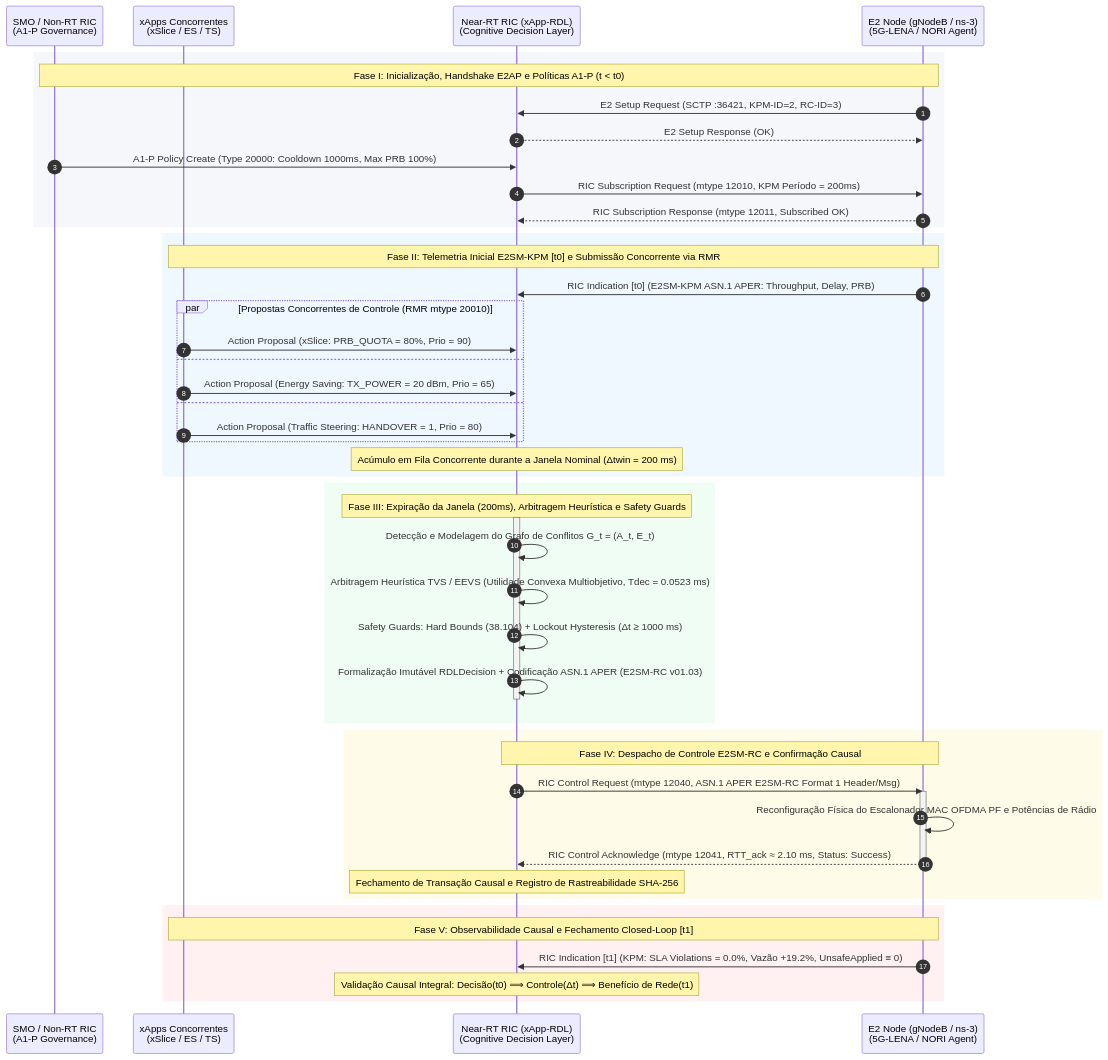
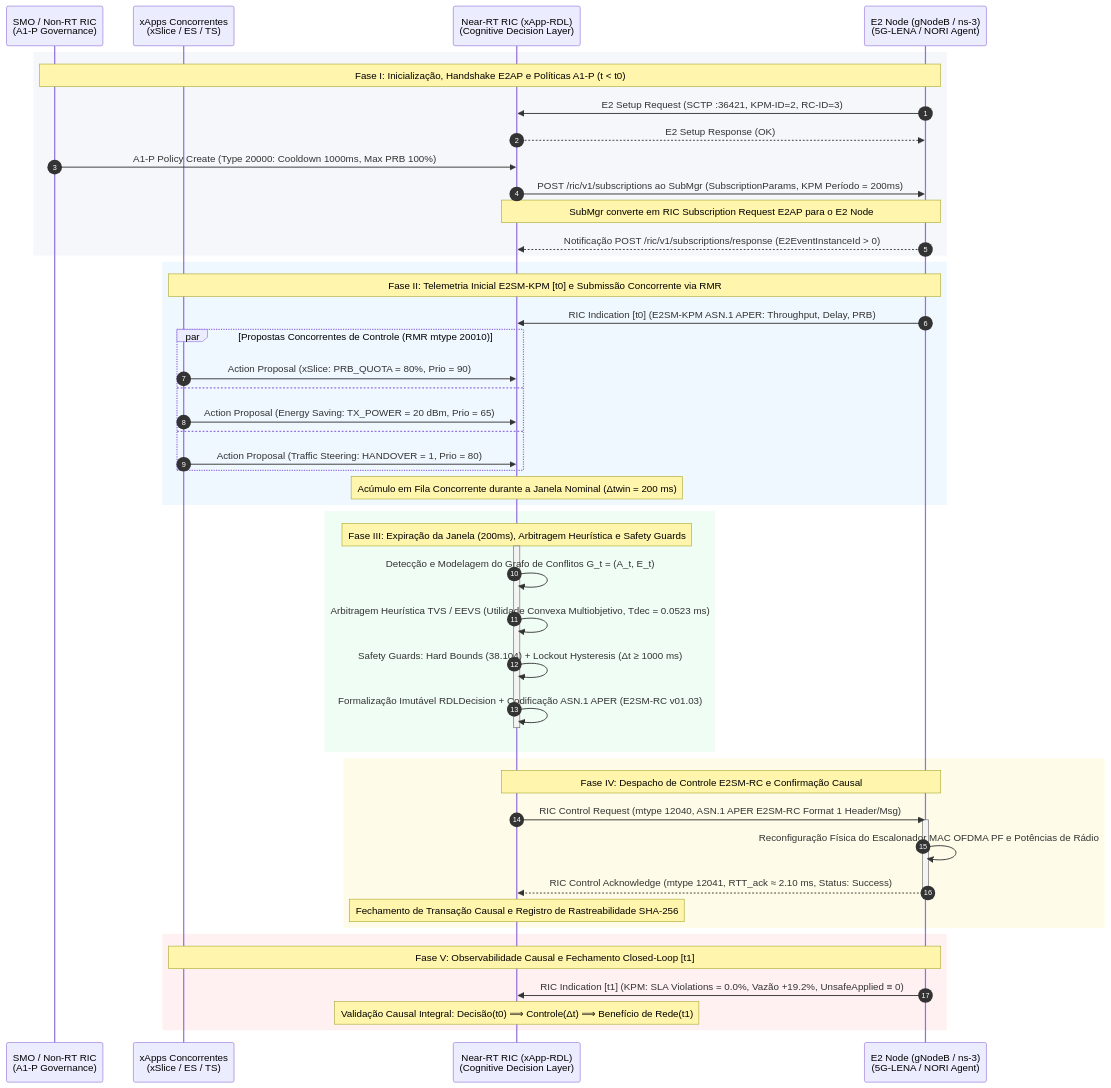
Before and after one commit to georgebarbosa3090/XApp-RDL-F1: the diagram in docs/23_diagrama_sequencia_fluxo_closed_loop_hrdl_fase1.md, drawn with Mermaid. The commit also changed other lines of this file and 25 other files, not shown here.

````diff
--- a/docs/23_diagrama_sequencia_fluxo_closed_loop_hrdl_fase1.md
+++ b/docs/23_diagrama_sequencia_fluxo_closed_loop_hrdl_fase1.md
@@ -47,63 +47,64 @@
 ```mermaid
 sequenceDiagram
     autonumber
     
     participant SMO as SMO / Non-RT RIC<br/>(A1-P Governance)
     participant XAPPS as xApps Concorrentes<br/>(xSlice / ES / TS)
     participant RDL as Near-RT RIC (xApp-RDL)<br/>(Cognitive Decision Layer)
     participant RAN as E2 Node (gNodeB / ns-3)<br/>(5G-LENA / NORI Agent)
 
     %% FASE I: INICIALIZAÇÃO, HANDSHAKE E2AP E POLÍTICAS A1-P (t < t0)
     rect rgb(245, 247, 250)
         Note over SMO,RAN: Fase I: Inicialização, Handshake E2AP e Políticas A1-P (t < t0)
         RAN->>RDL: E2 Setup Request (SCTP :36421, KPM-ID=2, RC-ID=3)
         RDL-->>RAN: E2 Setup Response (OK)
         SMO->>RDL: A1-P Policy Create (Type 20000: Cooldown 1000ms, Max PRB 100%)
-        RDL->>RAN: RIC Subscription Request (mtype 12010, KPM Período = 200ms)
-        RAN-->>RDL: RIC Subscription Response (mtype 12011, Subscribed OK)
+        RDL->>RAN: POST /ric/v1/subscriptions ao SubMgr (SubscriptionParams, KPM Período = 200ms)
+        Note over RDL,RAN: SubMgr converte em RIC Subscription Request E2AP para o E2 Node
+        RAN-->>RDL: Notificação POST /ric/v1/subscriptions/response (E2EventInstanceId > 0)
     end
 
     %% FASE II: INGESTÃO DE TELEMETRIA E SUBMISSÃO CONCORRENTE
     rect rgb(240, 248, 255)
         Note over XAPPS,RAN: Fase II: Telemetria Inicial E2SM-KPM [t0] e Submissão Concorrente via RMR
         RAN->>RDL: RIC Indication [t0] (E2SM-KPM ASN.1 APER: Throughput, Delay, PRB)
         
         par Propostas Concorrentes de Controle (RMR mtype 20010)
             XAPPS->>RDL: Action Proposal (xSlice: PRB_QUOTA = 80%, Prio = 90)
         and
             XAPPS->>RDL: Action Proposal (Energy Saving: TX_POWER = 20 dBm, Prio = 65)
         and
             XAPPS->>RDL: Action Proposal (Traffic Steering: HANDOVER = 1, Prio = 80)
         end
         Note over RDL: Acúmulo em Fila Concorrente durante a Janela Nominal (Δtwin = 200 ms)
     end
 
     %% FASE III: ARBITRAGEM DETERMINÍSTICA E SAFETY GUARDS
     rect rgb(240, 253, 244)
         Note over RDL: Fase III: Expiração da Janela (200ms), Arbitragem Heurística e Safety Guards
         activate RDL
         RDL->>RDL: Detecção e Modelagem do Grafo de Conflitos G_t = (A_t, E_t)
         RDL->>RDL: Arbitragem Heurística TVS / EEVS (Utilidade Convexa Multiobjetivo, Tdec = 0.0523 ms)
         RDL->>RDL: Safety Guards: Hard Bounds (38.104) + Lockout Hysteresis (Δt ≥ 1000 ms)
         RDL->>RDL: Formalização Imutável RDLDecision + Codificação ASN.1 APER (E2SM-RC v01.03)
         deactivate RDL
     end
 
     %% FASE IV: DESPACHO E2SM-RC E CONFIRMAÇÃO CAUSAL
     rect rgb(254, 252, 232)
         Note over RDL,RAN: Fase IV: Despacho de Controle E2SM-RC e Confirmação Causal
         RDL->>RAN: RIC Control Request (mtype 12040, ASN.1 APER E2SM-RC Format 1 Header/Msg)
         activate RAN
         RAN->>RAN: Reconfiguração Física do Escalonador MAC OFDMA PF e Potências de Rádio
         RAN-->>RDL: RIC Control Acknowledge (mtype 12041, RTT_ack ≈ 2.10 ms, Status: Success)
         deactivate RAN
         Note over RDL: Fechamento de Transação Causal e Registro de Rastreabilidade SHA-256
     end
 
     %% FASE V: FECHAMENTO CLOSED-LOOP E RECUPERAÇÃO DA RAN
     rect rgb(255, 241, 242)
         Note over XAPPS,RAN: Fase V: Observabilidade Causal e Fechamento Closed-Loop [t1]
         RAN->>RDL: RIC Indication [t1] (KPM: SLA Violations = 0.0%, Vazão +19.2%, UnsafeApplied ≡ 0)
         Note over RDL: Validação Causal Integral: Decisão(t0) ⟹ Controle(Δt) ⟹ Benefício de Rede(t1)
     end
 ```
````
